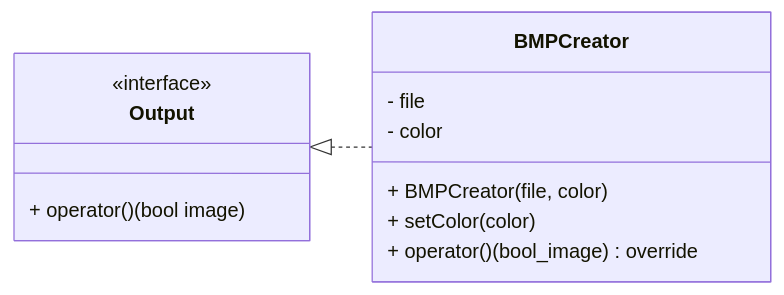
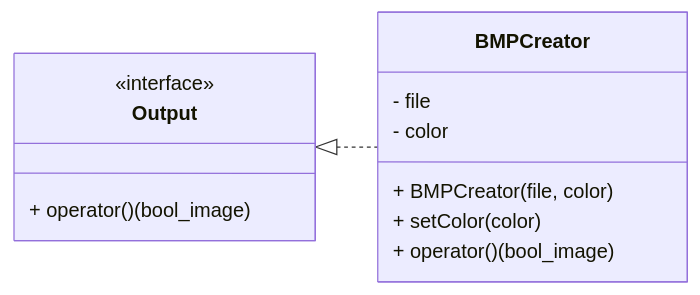
One commit to bosornd/shape-printer changed the diagram in README.md. Above: the diagram before and after it, drawn with Mermaid.

Commit message:
9_bmp_creator_functor

````diff
--- a/README.md
+++ b/README.md
@@ -6,16 +6,16 @@
 ```mermaid
 classDiagram
   direction LR
   class Output {
     <<interface>>
-    + operator()(bool image)
+    + operator()(bool_image)
   }
   class BMPCreator {
     - file
     - color
     + BMPCreator(file, color)
     + setColor(color)
-    + operator()(bool_image) override
+    + operator()(bool_image)
   }
   Output <|.. BMPCreator
 ```
````
